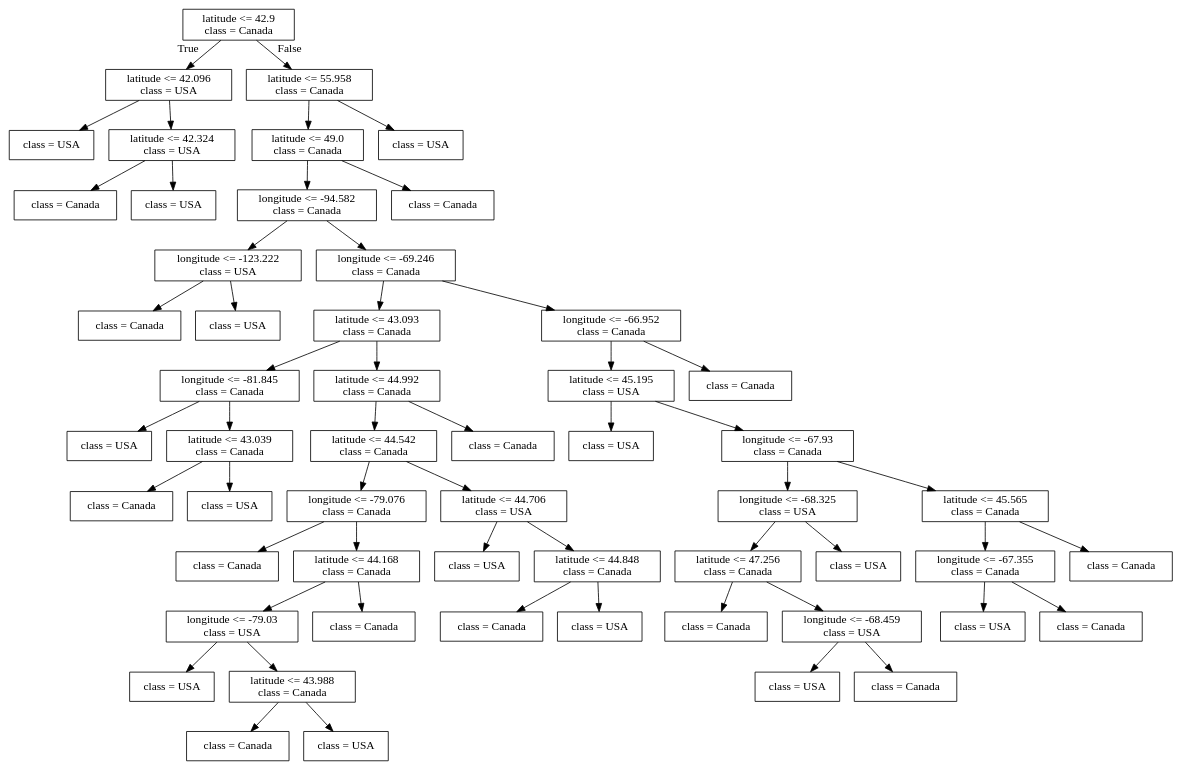
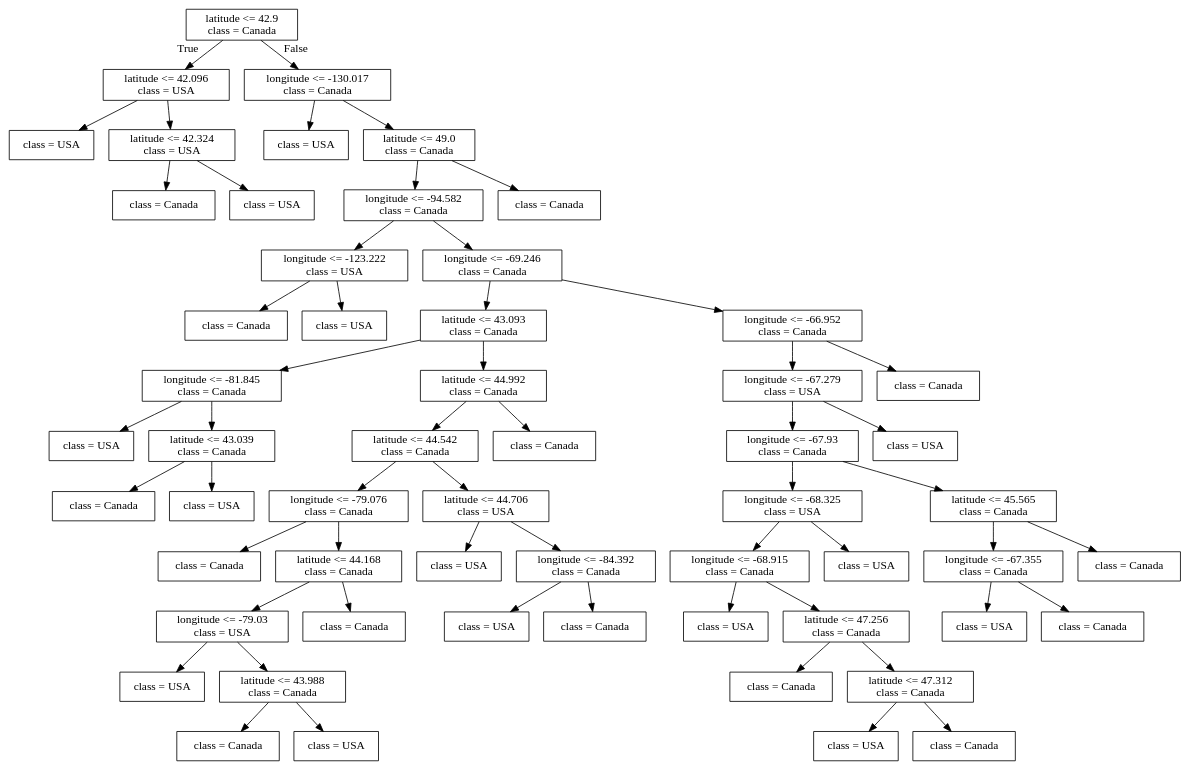
The diagram in lectures/Source.gv (bait509-ubc/BAIT509), drawn with Graphviz before and after one commit. The commit also changed 36 other files, not shown here.

```diff
--- a/lectures/Source.gv
+++ b/lectures/Source.gv
@@ -1,112 +1,116 @@
 digraph Tree {
 node [shape=box] ;
 0 [label="latitude <= 42.9\nclass = Canada"] ;
 1 [label="latitude <= 42.096\nclass = USA"] ;
 0 -> 1 [labeldistance=2.5, labelangle=45, headlabel="True"] ;
 2 [label="class = USA"] ;
 1 -> 2 ;
 3 [label="latitude <= 42.324\nclass = USA"] ;
 1 -> 3 ;
 4 [label="class = Canada"] ;
 3 -> 4 ;
 5 [label="class = USA"] ;
 3 -> 5 ;
-6 [label="latitude <= 55.958\nclass = Canada"] ;
+6 [label="longitude <= -130.017\nclass = Canada"] ;
 0 -> 6 [labeldistance=2.5, labelangle=-45, headlabel="False"] ;
-7 [label="latitude <= 49.0\nclass = Canada"] ;
+7 [label="class = USA"] ;
 6 -> 7 ;
-8 [label="longitude <= -94.582\nclass = Canada"] ;
-7 -> 8 ;
-9 [label="longitude <= -123.222\nclass = USA"] ;
+8 [label="latitude <= 49.0\nclass = Canada"] ;
+6 -> 8 ;
+9 [label="longitude <= -94.582\nclass = Canada"] ;
 8 -> 9 ;
-10 [label="class = Canada"] ;
+10 [label="longitude <= -123.222\nclass = USA"] ;
 9 -> 10 ;
-11 [label="class = USA"] ;
-9 -> 11 ;
-12 [label="longitude <= -69.246\nclass = Canada"] ;
-8 -> 12 ;
-13 [label="latitude <= 43.093\nclass = Canada"] ;
-12 -> 13 ;
-14 [label="longitude <= -81.845\nclass = Canada"] ;
+11 [label="class = Canada"] ;
+10 -> 11 ;
+12 [label="class = USA"] ;
+10 -> 12 ;
+13 [label="longitude <= -69.246\nclass = Canada"] ;
+9 -> 13 ;
+14 [label="latitude <= 43.093\nclass = Canada"] ;
 13 -> 14 ;
-15 [label="class = USA"] ;
+15 [label="longitude <= -81.845\nclass = Canada"] ;
 14 -> 15 ;
-16 [label="latitude <= 43.039\nclass = Canada"] ;
-14 -> 16 ;
-17 [label="class = Canada"] ;
-16 -> 17 ;
-18 [label="class = USA"] ;
-16 -> 18 ;
-19 [label="latitude <= 44.992\nclass = Canada"] ;
-13 -> 19 ;
-20 [label="latitude <= 44.542\nclass = Canada"] ;
-19 -> 20 ;
-21 [label="longitude <= -79.076\nclass = Canada"] ;
+16 [label="class = USA"] ;
+15 -> 16 ;
+17 [label="latitude <= 43.039\nclass = Canada"] ;
+15 -> 17 ;
+18 [label="class = Canada"] ;
+17 -> 18 ;
+19 [label="class = USA"] ;
+17 -> 19 ;
+20 [label="latitude <= 44.992\nclass = Canada"] ;
+14 -> 20 ;
+21 [label="latitude <= 44.542\nclass = Canada"] ;
 20 -> 21 ;
-22 [label="class = Canada"] ;
+22 [label="longitude <= -79.076\nclass = Canada"] ;
 21 -> 22 ;
-23 [label="latitude <= 44.168\nclass = Canada"] ;
-21 -> 23 ;
-24 [label="longitude <= -79.03\nclass = USA"] ;
-23 -> 24 ;
-25 [label="class = USA"] ;
+23 [label="class = Canada"] ;
+22 -> 23 ;
+24 [label="latitude <= 44.168\nclass = Canada"] ;
+22 -> 24 ;
+25 [label="longitude <= -79.03\nclass = USA"] ;
 24 -> 25 ;
-26 [label="latitude <= 43.988\nclass = Canada"] ;
-24 -> 26 ;
-27 [label="class = Canada"] ;
-26 -> 27 ;
-28 [label="class = USA"] ;
-26 -> 28 ;
-29 [label="class = Canada"] ;
-23 -> 29 ;
-30 [label="latitude <= 44.706\nclass = USA"] ;
-20 -> 30 ;
-31 [label="class = USA"] ;
-30 -> 31 ;
-32 [label="latitude <= 44.848\nclass = Canada"] ;
-30 -> 32 ;
-33 [label="class = Canada"] ;
-32 -> 33 ;
+26 [label="class = USA"] ;
+25 -> 26 ;
+27 [label="latitude <= 43.988\nclass = Canada"] ;
+25 -> 27 ;
+28 [label="class = Canada"] ;
+27 -> 28 ;
+29 [label="class = USA"] ;
+27 -> 29 ;
+30 [label="class = Canada"] ;
+24 -> 30 ;
+31 [label="latitude <= 44.706\nclass = USA"] ;
+21 -> 31 ;
+32 [label="class = USA"] ;
+31 -> 32 ;
+33 [label="longitude <= -84.392\nclass = Canada"] ;
+31 -> 33 ;
 34 [label="class = USA"] ;
-32 -> 34 ;
+33 -> 34 ;
 35 [label="class = Canada"] ;
-19 -> 35 ;
-36 [label="longitude <= -66.952\nclass = Canada"] ;
-12 -> 36 ;
-37 [label="latitude <= 45.195\nclass = USA"] ;
-36 -> 37 ;
-38 [label="class = USA"] ;
+33 -> 35 ;
+36 [label="class = Canada"] ;
+20 -> 36 ;
+37 [label="longitude <= -66.952\nclass = Canada"] ;
+13 -> 37 ;
+38 [label="longitude <= -67.279\nclass = USA"] ;
 37 -> 38 ;
 39 [label="longitude <= -67.93\nclass = Canada"] ;
-37 -> 39 ;
+38 -> 39 ;
 40 [label="longitude <= -68.325\nclass = USA"] ;
 39 -> 40 ;
-41 [label="latitude <= 47.256\nclass = Canada"] ;
+41 [label="longitude <= -68.915\nclass = Canada"] ;
 40 -> 41 ;
-42 [label="class = Canada"] ;
+42 [label="class = USA"] ;
 41 -> 42 ;
-43 [label="longitude <= -68.459\nclass = USA"] ;
+43 [label="latitude <= 47.256\nclass = Canada"] ;
 41 -> 43 ;
-44 [label="class = USA"] ;
+44 [label="class = Canada"] ;
 43 -> 44 ;
-45 [label="class = Canada"] ;
+45 [label="latitude <= 47.312\nclass = Canada"] ;
 43 -> 45 ;
 46 [label="class = USA"] ;
-40 -> 46 ;
-47 [label="latitude <= 45.565\nclass = Canada"] ;
-39 -> 47 ;
-48 [label="longitude <= -67.355\nclass = Canada"] ;
-47 -> 48 ;
-49 [label="class = USA"] ;
-48 -> 49 ;
-50 [label="class = Canada"] ;
-48 -> 50 ;
-51 [label="class = Canada"] ;
-47 -> 51 ;
+45 -> 46 ;
+47 [label="class = Canada"] ;
+45 -> 47 ;
+48 [label="class = USA"] ;
+40 -> 48 ;
+49 [label="latitude <= 45.565\nclass = Canada"] ;
+39 -> 49 ;
+50 [label="longitude <= -67.355\nclass = Canada"] ;
+49 -> 50 ;
+51 [label="class = USA"] ;
+50 -> 51 ;
 52 [label="class = Canada"] ;
-36 -> 52 ;
+50 -> 52 ;
 53 [label="class = Canada"] ;
-7 -> 53 ;
+49 -> 53 ;
 54 [label="class = USA"] ;
-6 -> 54 ;
+38 -> 54 ;
+55 [label="class = Canada"] ;
+37 -> 55 ;
+56 [label="class = Canada"] ;
+8 -> 56 ;
 }
```
